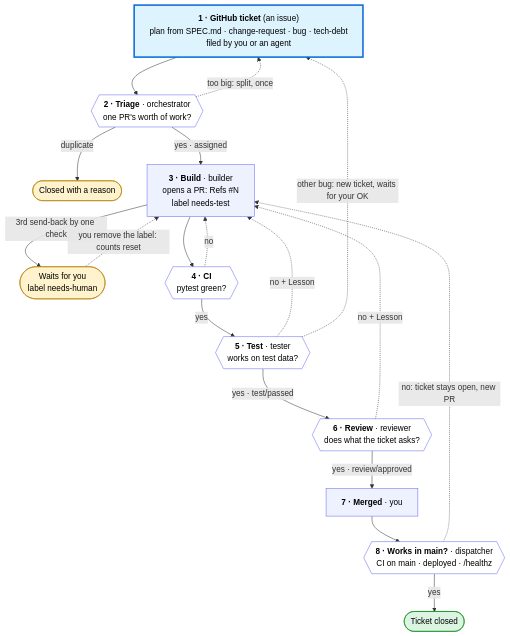
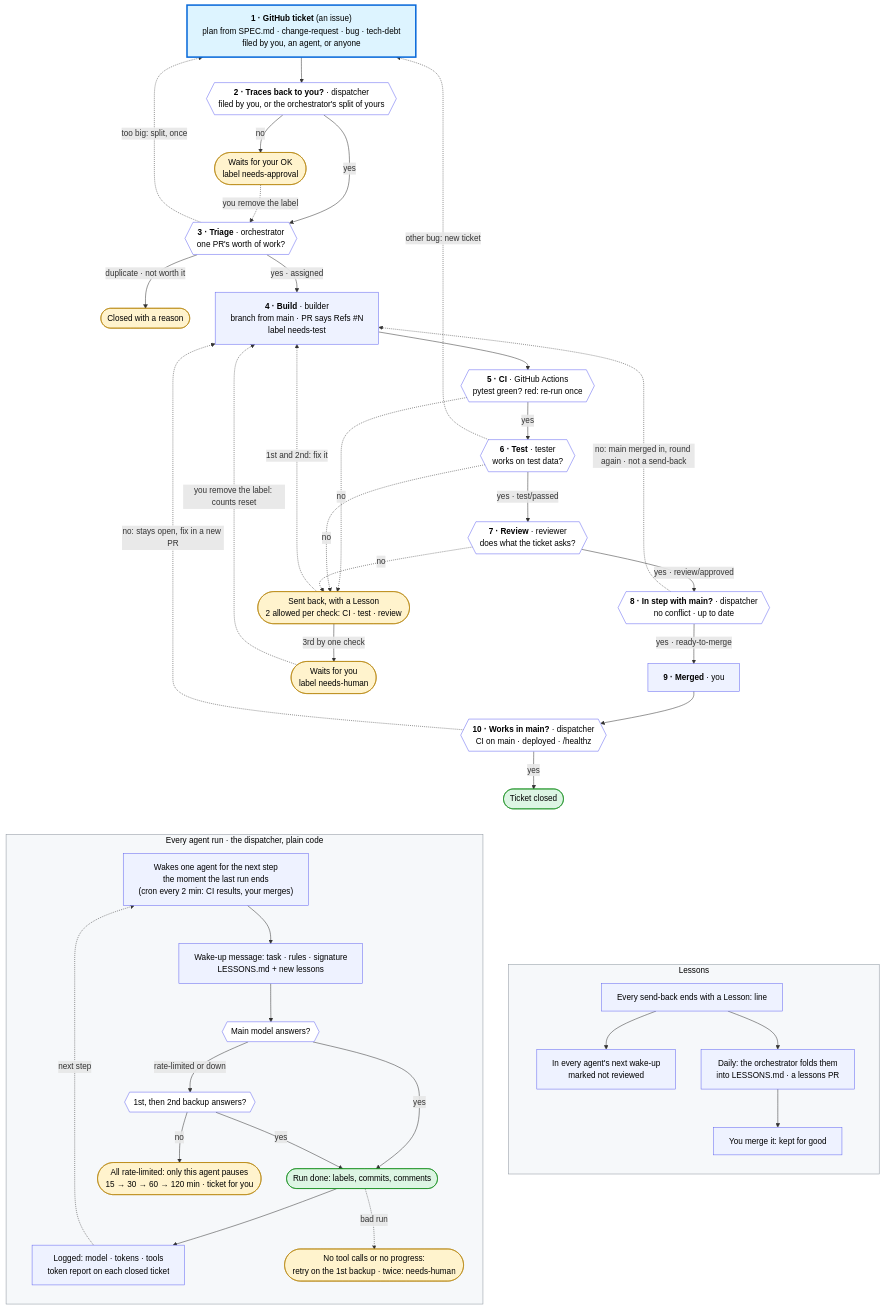
One commit to nikhil-kunapareddy/daily-briefing changed the diagram in agents/WORKFLOW.md. Above: the diagram before and after it, drawn with Mermaid. The commit also changed other lines of this file and 1 other file, not shown here.

Commit message:
WORKFLOW: one diagram for the whole framework
The ticket's path now shows every safeguard: the approval gate, triage's single
split, CI's re-run, send-backs counted per check with needs-human's exit, the
in-step-with-main check, and works-in-main before a ticket closes. Two panels
below it show every agent run (handoff, model fallbacks, rate-limit pause,
failed runs, token log) and how lessons spread. The numbered steps (now 10)
match it.

Agents get WORKFLOW.md without the diagram (sync-prompts.sh leaves Mermaid
blocks out): the steps say the same, and the picture would cost about 900
tokens on every model turn.

````diff
--- a/agents/WORKFLOW.md
+++ b/agents/WORKFLOW.md
@@ -11,44 +13,88 @@
 ```mermaid
 %%{init: {"flowchart": {"wrappingWidth": 440}}}%%
 flowchart TD
-  T["<b>1 · GitHub ticket</b> (an issue)<br/>plan from SPEC.md · change-request · bug · tech-debt<br/>filed by you or an agent"]
-  O{{"<b>2 · Triage</b> · orchestrator<br/>one PR's worth of work?"}}
+  T["<b>1 · GitHub ticket</b> (an issue)<br/>plan from SPEC.md · change-request · bug · tech-debt<br/>filed by you, an agent, or anyone"]
+  G{{"<b>2 · Traces back to you?</b> · dispatcher<br/>filed by you, or the orchestrator's split of yours"}}
+  A(["Waits for your OK<br/>label needs-approval"])
+  O{{"<b>3 · Triage</b> · orchestrator<br/>one PR's worth of work?"}}
   X(["Closed with a reason"])
-  B["<b>3 · Build</b> · builder<br/>opens a PR: Refs #N<br/>label needs-test"]
+  B["<b>4 · Build</b> · builder<br/>branch from main · PR says Refs #N<br/>label needs-test"]
+  C{{"<b>5 · CI</b> · GitHub Actions<br/>pytest green? red: re-run once"}}
+  TE{{"<b>6 · Test</b> · tester<br/>works on test data?"}}
+  R{{"<b>7 · Review</b> · reviewer<br/>does what the ticket asks?"}}
+  S{{"<b>8 · In step with main?</b> · dispatcher<br/>no conflict · up to date"}}
+  M["<b>9 · Merged</b> · you"]
+  W{{"<b>10 · Works in main?</b> · dispatcher<br/>CI on main · deployed · /healthz"}}
+  D(["Ticket closed"])
+  SB(["Sent back, with a Lesson<br/>2 allowed per check: CI · test · review"])
   H(["Waits for you<br/>label needs-human"])
-  C{{"<b>4 · CI</b><br/>pytest green?"}}
-  TE{{"<b>5 · Test</b> · tester<br/>works on test data?"}}
-  R{{"<b>6 · Review</b> · reviewer<br/>does what the ticket asks?"}}
-  M["<b>7 · Merged</b> · you"]
-  W{{"<b>8 · Works in main?</b> · dispatcher<br/>CI on main · deployed · /healthz"}}
-  D(["Ticket closed"])
 
-  T --> O
+  T --> G
+  G -->|"yes"| O
+  G -->|"no"| A
+  A -.->|"you remove the label"| O
   O -->|"yes · assigned"| B
-  O -->|"duplicate"| X
+  O -->|"duplicate · not worth it"| X
   O -.->|"too big: split, once"| T
   B --> C
-  B -->|"3rd send-back by one check"| H
-  H -.->|"you remove the label: counts reset"| B
   C -->|"yes"| TE
-  C -.->|"no"| B
   TE -->|"yes · test/passed"| R
-  TE -.->|"no + Lesson"| B
-  TE -.->|"other bug: new ticket, waits for your OK"| T
-  R -->|"yes · review/approved"| M
-  R -.->|"no + Lesson"| B
+  R -->|"yes · review/approved"| S
+  S -->|"yes · ready-to-merge"| M
   M --> W
   W -->|"yes"| D
-  W -.->|"no: ticket stays open, new PR"| B
+  C -.->|"no"| SB
+  TE -.->|"no"| SB
+  R -.->|"no"| SB
+  TE -.->|"other bug: new ticket"| T
+  SB -.->|"1st and 2nd: fix it"| B
+  SB -->|"3rd by one check"| H
+  H -.->|"you remove the label: counts reset"| B
+  S -.->|"no: main merged in, round again · not a send-back"| B
+  W -.->|"no: stays open, fix in a new PR"| B
+
+  subgraph RUN["Every agent run · the dispatcher, plain code"]
+    direction TB
+    K["Wakes one agent for the next step<br/>the moment the last run ends<br/>(cron every 2 min: CI results, your merges)"]
+    P["Wake-up message: task · rules · signature<br/>LESSONS.md + new lessons"]
+    MO{{"Main model answers?"}}
+    BK{{"1st, then 2nd backup answers?"}}
+    DN(["Run done: labels, commits, comments"])
+    LG["Logged: model · tokens · tools<br/>token report on each closed ticket"]
+    RL(["All rate-limited: only this agent pauses<br/>15 → 30 → 60 → 120 min · ticket for you"])
+    FA(["No tool calls or no progress:<br/>retry on the 1st backup · twice: needs-human"])
+    K --> P --> MO
+    MO -->|"yes"| DN
+    MO -->|"rate-limited or down"| BK
+    BK -->|"yes"| DN
+    BK -->|"no"| RL
+    DN --> LG
+    DN -.->|"bad run"| FA
+    LG -.->|"next step"| K
+  end
+
+  subgraph LES["Lessons"]
+    direction TB
+    L1["Every send-back ends with a Lesson: line"]
+    L2["In every agent's next wake-up<br/>marked not reviewed"]
+    L3["Daily: the orchestrator folds them<br/>into LESSONS.md · a lessons PR"]
+    L4["You merge it: kept for good"]
+    L1 --> L2
+    L1 --> L3 --> L4
+  end
+  D ~~~ RUN
+  D ~~~ LES
 
   classDef ticket fill:#ddf4ff,stroke:#0969da,stroke-width:3px,color:#000
   classDef step fill:#eef2ff,stroke:#6366f1,color:#000
   classDef check fill:#fff,stroke:#6366f1,color:#000
   classDef done fill:#dcf5e3,stroke:#0e8a16,color:#000
   classDef side fill:#fff3cd,stroke:#b58105,color:#000
+  classDef panel fill:#f6f8fa,stroke:#8c959f,color:#000
   class T ticket
-  class B,M step
-  class O,C,TE,R,W check
-  class D done
-  class X,H side
+  class B,M,K,P,LG,L1,L2,L3,L4 step
+  class G,O,C,TE,R,S,W,MO,BK check
+  class D,DN done
+  class A,X,H,SB,RL,FA side
+  class RUN,LES panel
 ```
````
